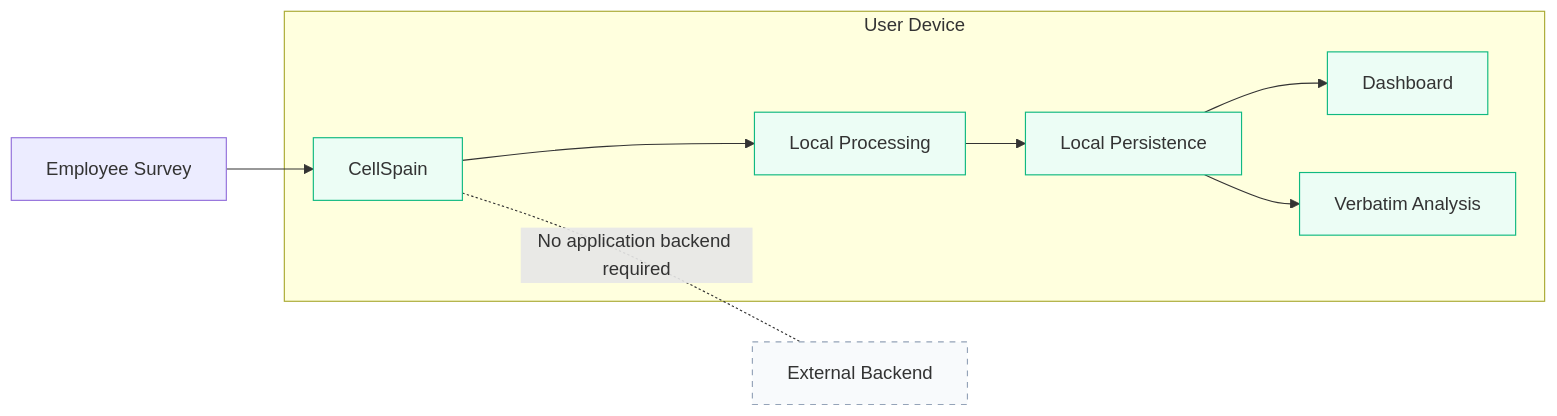
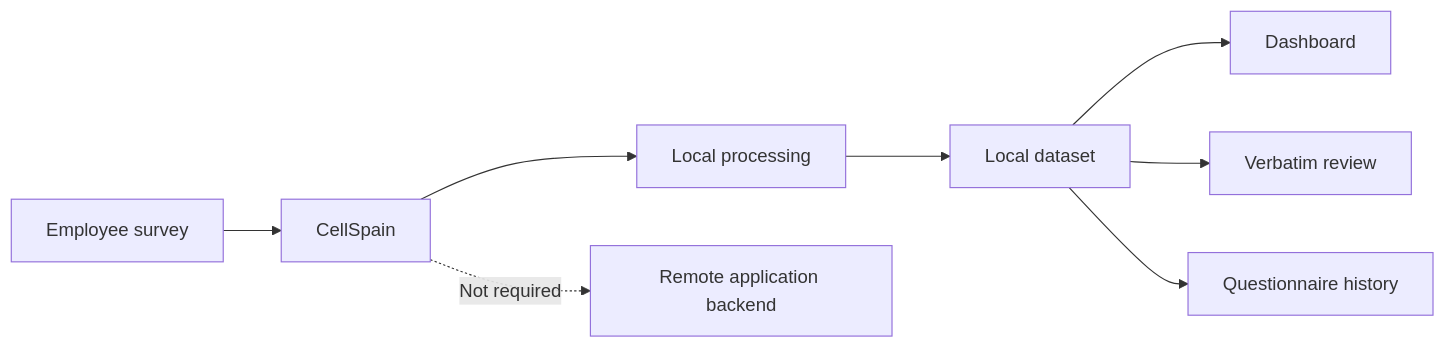
Before and after one commit to nathanda95/CellSpain: the sixth of 7 diagrams in README.md, drawn with Mermaid. The commit also changed other lines of this file, not shown here.

````diff
--- a/README.md
+++ b/README.md
@@ -816,22 +862,12 @@
 ```mermaid
 flowchart LR
-    FILE["Employee Survey"] --> APP["CellSpain"]
+    USERFILE["Employee survey"] --> APP["CellSpain"]
+    APP --> PROCESS["Local processing"]
+    PROCESS --> STORE["Local dataset"]
+    STORE --> DASH["Dashboard"]
+    STORE --> VERB["Verbatim review"]
+    STORE --> CONFIG["Questionnaire history"]
 
-    subgraph DEVICE["User Device"]
-        APP --> PROCESS["Local Processing"]
-        PROCESS --> STORAGE["Local Persistence"]
-
-        STORAGE --> DASH["Dashboard"]
-        STORAGE --> VERB["Verbatim Analysis"]
-    end
-
-    CLOUD["External Backend"]
-
-    APP -. "No application backend required" .- CLOUD
-
-    classDef local fill:#ecfdf5,stroke:#10b981
-    classDef external fill:#f8fafc,stroke:#94a3b8,stroke-dasharray:5
-
-    class APP,PROCESS,STORAGE,DASH,VERB local
-    class CLOUD external
+    INTERNET["Remote application backend"]
+    APP -. "Not required" .-> INTERNET
 ```
````
